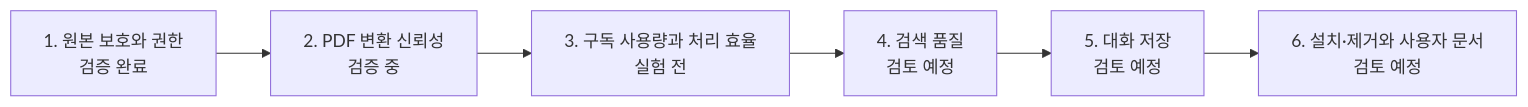
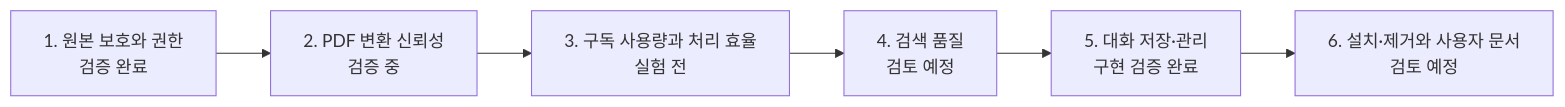
The diagram in docs/technical/ROADMAP.md (LWH4Data/research-agent), drawn with Mermaid before and after one commit. The commit also changed other lines of this file and 12 other files, not shown here.

````diff
--- a/docs/technical/ROADMAP.md
+++ b/docs/technical/ROADMAP.md
@@ -12,8 +12,8 @@
 ```mermaid
 flowchart LR
     M1[1. 원본 보호와 권한<br/>검증 완료] --> M2[2. PDF 변환 신뢰성<br/>검증 중]
     M2 --> M3[3. 구독 사용량과 처리 효율<br/>실험 전]
     M3 --> M4[4. 검색 품질<br/>검토 예정]
-    M4 --> M5[5. 대화 저장<br/>검토 예정]
+    M4 --> M5[5. 대화 저장·관리<br/>구현 검증 완료]
     M5 --> M6[6. 설치·제거와 사용자 문서<br/>검토 예정]
 ```
````
